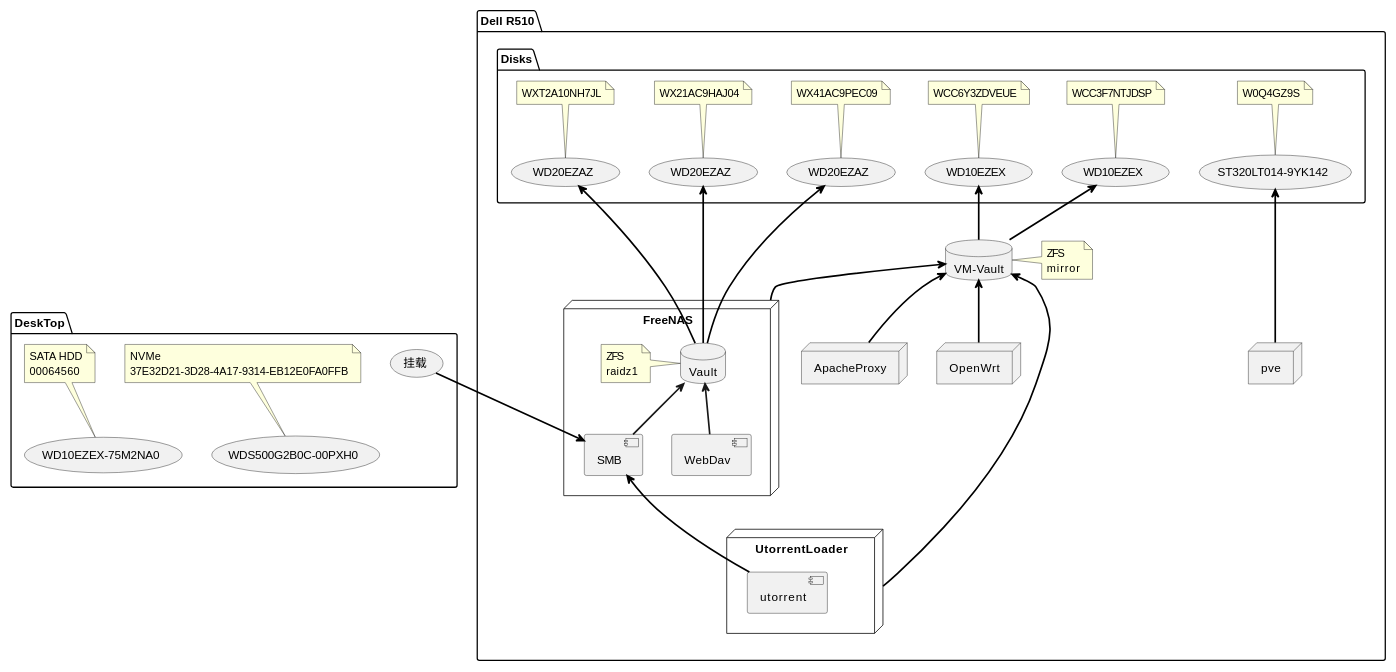
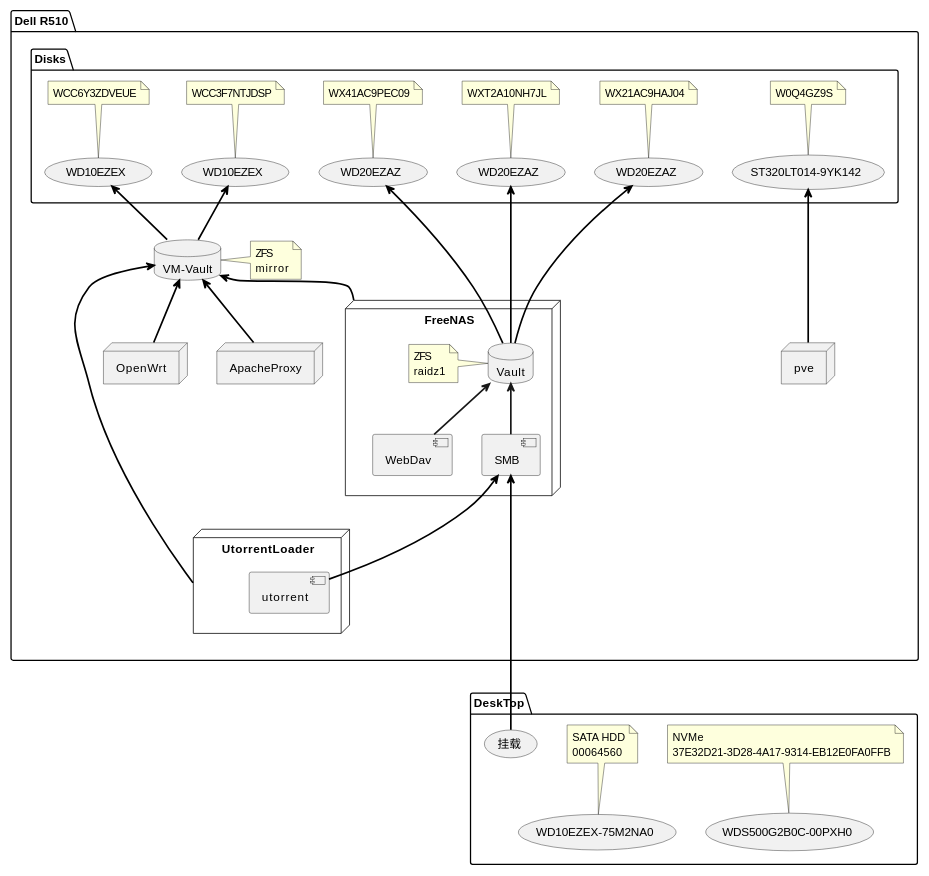
The second of 3 diagrams in Notes/MyServer.md (A0nameless0man/Pile), drawn with PlantUML before and after one commit. The commit also changed other lines of this file, not shown here.

Commit message:
update graph

````diff
--- a/Notes/MyServer.md
+++ b/Notes/MyServer.md
@@ -78,59 +79,59 @@
 ```puml
 scale 0.8
 
 package "Dell R510"{
   package Disks as disks{
     (WD20EZAZ) as WXT2A10NH7JL
     note top: WXT2A10NH7JL
     (WD20EZAZ) as WX21AC9HAJ04
     note top : WX21AC9HAJ04
     (WD20EZAZ) as WX41AC9PEC09
     note top : WX41AC9PEC09
     (WD10EZEX) as WCC6Y3ZDVEUE
     note top : WCC6Y3ZDVEUE
     (WD10EZEX) as WCC3F7NTJDSP
     note top : WCC3F7NTJDSP
     (ST320LT014-9YK142) as W0Q4GZ9S
     note top : W0Q4GZ9S
   }
   database "VM-Vault" as vvault
     note right : ZFS\nmirror
   node "FreeNAS" as fn{
     [WebDav] as WebDav
     [SMB] as smb
     database Vault
     note left : ZFS\nraidz1
     Vault <== smb
     Vault <== WebDav
   }
   node ApacheProxy as ap{
   }
   node UtorrentLoader as ul{
     [utorrent]
   }
   node "OpenWrt" as ow{
   }
   node pve{
   }
 
   WXT2A10NH7JL <== Vault #Black
   WX21AC9HAJ04 <== Vault #Black
   WX41AC9PEC09 <== Vault #Black
   WCC6Y3ZDVEUE <== vvault #Black
   WCC3F7NTJDSP <== vvault #Black
   W0Q4GZ9S <=== pve #Black
   vvault <== fn #Black
   vvault <== ap #Black
   vvault <== ul #Black
   vvault <== ow #Black
   smb <== utorrent #Black
 }
 package "DeskTop" as client{
 (WDS500G2B0C-00PXH0)
 note top : NVMe\n37E32D21-3D28-4A17-9314-EB12E0FA0FFB
 (WD10EZEX-75M2NA0)
 note top : SATA HDD\n00064560
 (挂载) as cmnt
 }
-smb <=u= cmnt #Black
+smb <=d=== cmnt #Black
 ```
````
